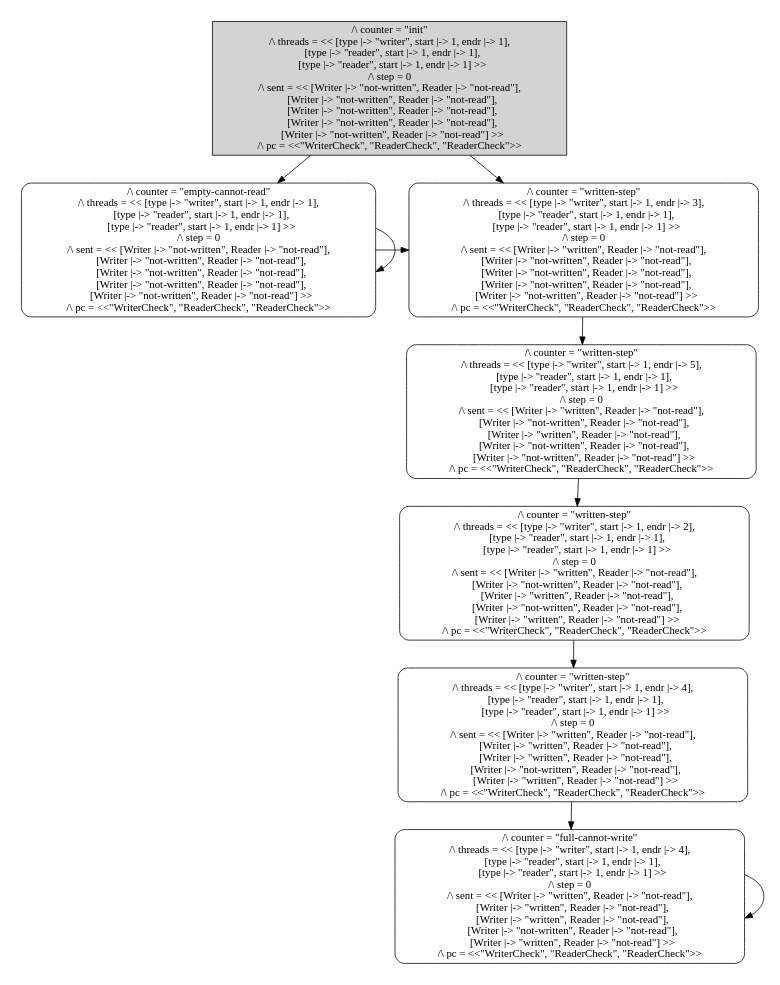
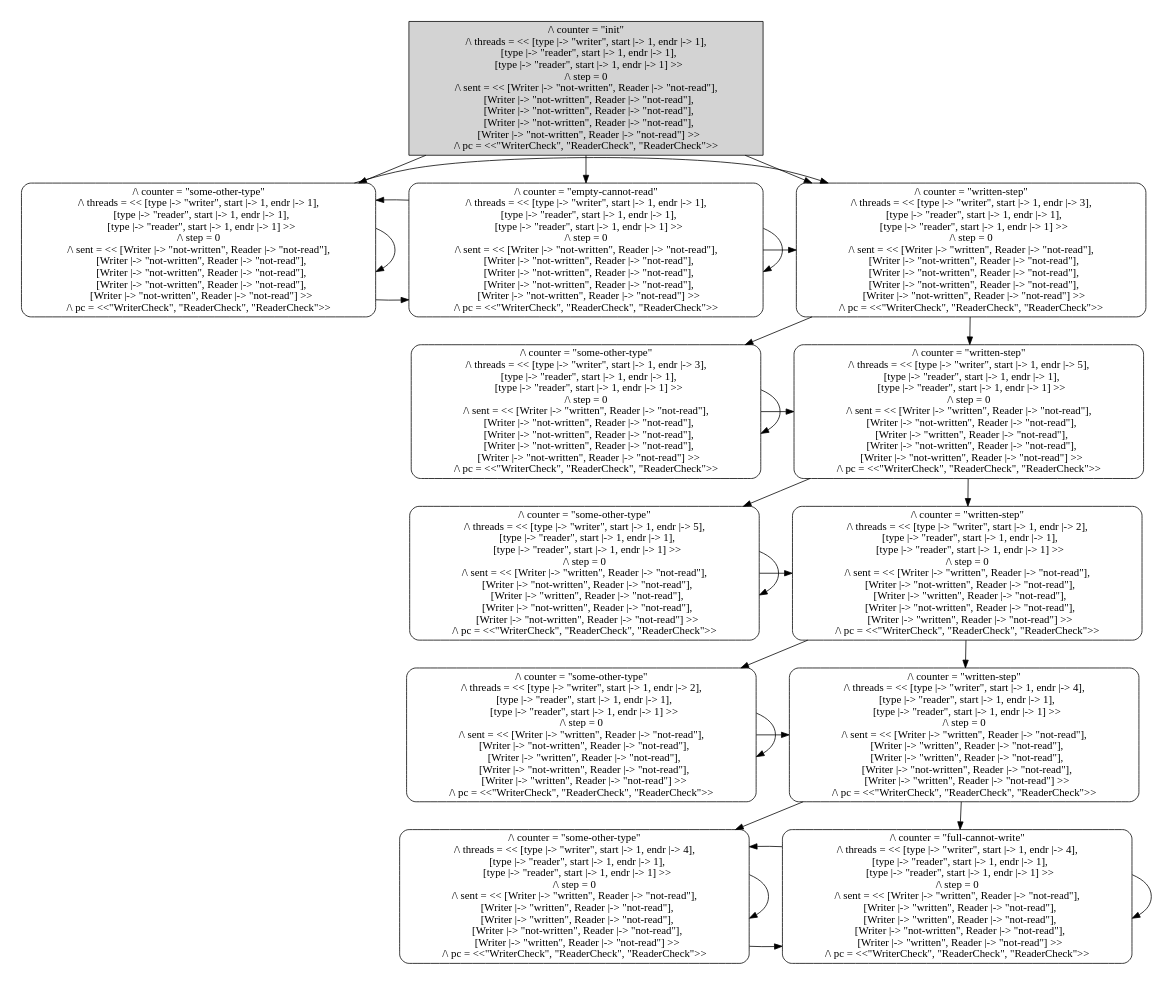
Before and after one commit to samsquire/assembly: the diagram in ringbuffer-tla/spec.dot, drawn with Graphviz. The commit also changed 34 other files, not shown here.

Commit message:
Sam separate reader and writer

```diff
--- a/ringbuffer-tla/spec.dot
+++ b/ringbuffer-tla/spec.dot
@@ -3,29 +3,59 @@
 nodesep=0.35;
 subgraph cluster_graph {
 color="white";
-6206557108144799227 [label="/\\ counter = \"init\"\n/\\ threads = << [type |-> \"writer\", start |-> 1, endr |-> 1],\n   [type |-> \"reader\", start |-> 1, endr |-> 1],\n   [type |-> \"reader\", start |-> 1, endr |-> 1] >>\n/\\ step = 0\n/\\ sent = << [Writer |-> \"not-written\", Reader |-> \"not-read\"],\n   [Writer |-> \"not-written\", Reader |-> \"not-read\"],\n   [Writer |-> \"not-written\", Reader |-> \"not-read\"],\n   [Writer |-> \"not-written\", Reader |-> \"not-read\"],\n   [Writer |-> \"not-written\", Reader |-> \"not-read\"] >>\n/\\ pc = <<\"WriterCheck\", \"ReaderCheck\", \"ReaderCheck\">>",style = filled]
-6206557108144799227 -> 3110959537939689456 [label="",color="black",fontcolor="black"];
-3110959537939689456 [label="/\\ counter = \"written-step\"\n/\\ threads = << [type |-> \"writer\", start |-> 1, endr |-> 3],\n   [type |-> \"reader\", start |-> 1, endr |-> 1],\n   [type |-> \"reader\", start |-> 1, endr |-> 1] >>\n/\\ step = 0\n/\\ sent = << [Writer |-> \"written\", Reader |-> \"not-read\"],\n   [Writer |-> \"not-written\", Reader |-> \"not-read\"],\n   [Writer |-> \"not-written\", Reader |-> \"not-read\"],\n   [Writer |-> \"not-written\", Reader |-> \"not-read\"],\n   [Writer |-> \"not-written\", Reader |-> \"not-read\"] >>\n/\\ pc = <<\"WriterCheck\", \"ReaderCheck\", \"ReaderCheck\">>"];
-6206557108144799227 -> 5850991822605938678 [label="",color="black",fontcolor="black"];
-5850991822605938678 [label="/\\ counter = \"empty-cannot-read\"\n/\\ threads = << [type |-> \"writer\", start |-> 1, endr |-> 1],\n   [type |-> \"reader\", start |-> 1, endr |-> 1],\n   [type |-> \"reader\", start |-> 1, endr |-> 1] >>\n/\\ step = 0\n/\\ sent = << [Writer |-> \"not-written\", Reader |-> \"not-read\"],\n   [Writer |-> \"not-written\", Reader |-> \"not-read\"],\n   [Writer |-> \"not-written\", Reader |-> \"not-read\"],\n   [Writer |-> \"not-written\", Reader |-> \"not-read\"],\n   [Writer |-> \"not-written\", Reader |-> \"not-read\"] >>\n/\\ pc = <<\"WriterCheck\", \"ReaderCheck\", \"ReaderCheck\">>"];
-6206557108144799227 -> 5850991822605938678 [label="",color="black",fontcolor="black"];
-3110959537939689456 -> 4119443794840538652 [label="",color="black",fontcolor="black"];
-4119443794840538652 [label="/\\ counter = \"written-step\"\n/\\ threads = << [type |-> \"writer\", start |-> 1, endr |-> 5],\n   [type |-> \"reader\", start |-> 1, endr |-> 1],\n   [type |-> \"reader\", start |-> 1, endr |-> 1] >>\n/\\ step = 0\n/\\ sent = << [Writer |-> \"written\", Reader |-> \"not-read\"],\n   [Writer |-> \"not-written\", Reader |-> \"not-read\"],\n   [Writer |-> \"written\", Reader |-> \"not-read\"],\n   [Writer |-> \"not-written\", Reader |-> \"not-read\"],\n   [Writer |-> \"not-written\", Reader |-> \"not-read\"] >>\n/\\ pc = <<\"WriterCheck\", \"ReaderCheck\", \"ReaderCheck\">>"];
-5850991822605938678 -> 3110959537939689456 [label="",color="black",fontcolor="black"];
-5850991822605938678 -> 5850991822605938678 [label="",color="black",fontcolor="black"];
-5850991822605938678 -> 5850991822605938678 [label="",color="black",fontcolor="black"];
-4119443794840538652 -> 2437838463683724143 [label="",color="black",fontcolor="black"];
-2437838463683724143 [label="/\\ counter = \"written-step\"\n/\\ threads = << [type |-> \"writer\", start |-> 1, endr |-> 2],\n   [type |-> \"reader\", start |-> 1, endr |-> 1],\n   [type |-> \"reader\", start |-> 1, endr |-> 1] >>\n/\\ step = 0\n/\\ sent = << [Writer |-> \"written\", Reader |-> \"not-read\"],\n   [Writer |-> \"not-written\", Reader |-> \"not-read\"],\n   [Writer |-> \"written\", Reader |-> \"not-read\"],\n   [Writer |-> \"not-written\", Reader |-> \"not-read\"],\n   [Writer |-> \"written\", Reader |-> \"not-read\"] >>\n/\\ pc = <<\"WriterCheck\", \"ReaderCheck\", \"ReaderCheck\">>"];
-2437838463683724143 -> 5559582828868455760 [label="",color="black",fontcolor="black"];
-5559582828868455760 [label="/\\ counter = \"written-step\"\n/\\ threads = << [type |-> \"writer\", start |-> 1, endr |-> 4],\n   [type |-> \"reader\", start |-> 1, endr |-> 1],\n   [type |-> \"reader\", start |-> 1, endr |-> 1] >>\n/\\ step = 0\n/\\ sent = << [Writer |-> \"written\", Reader |-> \"not-read\"],\n   [Writer |-> \"written\", Reader |-> \"not-read\"],\n   [Writer |-> \"written\", Reader |-> \"not-read\"],\n   [Writer |-> \"not-written\", Reader |-> \"not-read\"],\n   [Writer |-> \"written\", Reader |-> \"not-read\"] >>\n/\\ pc = <<\"WriterCheck\", \"ReaderCheck\", \"ReaderCheck\">>"];
-5559582828868455760 -> -6353461475506240400 [label="",color="black",fontcolor="black"];
--6353461475506240400 [label="/\\ counter = \"full-cannot-write\"\n/\\ threads = << [type |-> \"writer\", start |-> 1, endr |-> 4],\n   [type |-> \"reader\", start |-> 1, endr |-> 1],\n   [type |-> \"reader\", start |-> 1, endr |-> 1] >>\n/\\ step = 0\n/\\ sent = << [Writer |-> \"written\", Reader |-> \"not-read\"],\n   [Writer |-> \"written\", Reader |-> \"not-read\"],\n   [Writer |-> \"written\", Reader |-> \"not-read\"],\n   [Writer |-> \"not-written\", Reader |-> \"not-read\"],\n   [Writer |-> \"written\", Reader |-> \"not-read\"] >>\n/\\ pc = <<\"WriterCheck\", \"ReaderCheck\", \"ReaderCheck\">>"];
--6353461475506240400 -> -6353461475506240400 [label="",color="black",fontcolor="black"];
-{rank = same; 6206557108144799227;}
-{rank = same; 5850991822605938678;3110959537939689456;}
-{rank = same; 4119443794840538652;}
-{rank = same; 2437838463683724143;}
-{rank = same; 5559582828868455760;}
-{rank = same; -6353461475506240400;}
+7020000155861375451 [label="/\\ counter = \"init\"\n/\\ threads = << [type |-> \"writer\", start |-> 1, endr |-> 1],\n   [type |-> \"reader\", start |-> 1, endr |-> 1],\n   [type |-> \"reader\", start |-> 1, endr |-> 1] >>\n/\\ step = 0\n/\\ sent = << [Writer |-> \"not-written\", Reader |-> \"not-read\"],\n   [Writer |-> \"not-written\", Reader |-> \"not-read\"],\n   [Writer |-> \"not-written\", Reader |-> \"not-read\"],\n   [Writer |-> \"not-written\", Reader |-> \"not-read\"],\n   [Writer |-> \"not-written\", Reader |-> \"not-read\"] >>\n/\\ pc = <<\"WriterCheck\", \"ReaderCheck\", \"ReaderCheck\">>",style = filled]
+7020000155861375451 -> 4325621402323431826 [label="",color="black",fontcolor="black"];
+4325621402323431826 [label="/\\ counter = \"some-other-type\"\n/\\ threads = << [type |-> \"writer\", start |-> 1, endr |-> 1],\n   [type |-> \"reader\", start |-> 1, endr |-> 1],\n   [type |-> \"reader\", start |-> 1, endr |-> 1] >>\n/\\ step = 0\n/\\ sent = << [Writer |-> \"not-written\", Reader |-> \"not-read\"],\n   [Writer |-> \"not-written\", Reader |-> \"not-read\"],\n   [Writer |-> \"not-written\", Reader |-> \"not-read\"],\n   [Writer |-> \"not-written\", Reader |-> \"not-read\"],\n   [Writer |-> \"not-written\", Reader |-> \"not-read\"] >>\n/\\ pc = <<\"WriterCheck\", \"ReaderCheck\", \"ReaderCheck\">>"];
+7020000155861375451 -> 4058331156948778809 [label="",color="black",fontcolor="black"];
+4058331156948778809 [label="/\\ counter = \"written-step\"\n/\\ threads = << [type |-> \"writer\", start |-> 1, endr |-> 3],\n   [type |-> \"reader\", start |-> 1, endr |-> 1],\n   [type |-> \"reader\", start |-> 1, endr |-> 1] >>\n/\\ step = 0\n/\\ sent = << [Writer |-> \"written\", Reader |-> \"not-read\"],\n   [Writer |-> \"not-written\", Reader |-> \"not-read\"],\n   [Writer |-> \"not-written\", Reader |-> \"not-read\"],\n   [Writer |-> \"not-written\", Reader |-> \"not-read\"],\n   [Writer |-> \"not-written\", Reader |-> \"not-read\"] >>\n/\\ pc = <<\"WriterCheck\", \"ReaderCheck\", \"ReaderCheck\">>"];
+7020000155861375451 -> 4506007520463986461 [label="",color="black",fontcolor="black"];
+4506007520463986461 [label="/\\ counter = \"empty-cannot-read\"\n/\\ threads = << [type |-> \"writer\", start |-> 1, endr |-> 1],\n   [type |-> \"reader\", start |-> 1, endr |-> 1],\n   [type |-> \"reader\", start |-> 1, endr |-> 1] >>\n/\\ step = 0\n/\\ sent = << [Writer |-> \"not-written\", Reader |-> \"not-read\"],\n   [Writer |-> \"not-written\", Reader |-> \"not-read\"],\n   [Writer |-> \"not-written\", Reader |-> \"not-read\"],\n   [Writer |-> \"not-written\", Reader |-> \"not-read\"],\n   [Writer |-> \"not-written\", Reader |-> \"not-read\"] >>\n/\\ pc = <<\"WriterCheck\", \"ReaderCheck\", \"ReaderCheck\">>"];
+7020000155861375451 -> 4506007520463986461 [label="",color="black",fontcolor="black"];
+7020000155861375451 -> 4506007520463986461 [label="",color="black",fontcolor="black"];
+7020000155861375451 -> 4506007520463986461 [label="",color="black",fontcolor="black"];
+4325621402323431826 -> 4325621402323431826 [label="",color="black",fontcolor="black"];
+4325621402323431826 -> 4058331156948778809 [label="",color="black",fontcolor="black"];
+4325621402323431826 -> 4506007520463986461 [label="",color="black",fontcolor="black"];
+4325621402323431826 -> 4506007520463986461 [label="",color="black",fontcolor="black"];
+4325621402323431826 -> 4506007520463986461 [label="",color="black",fontcolor="black"];
+4325621402323431826 -> 4506007520463986461 [label="",color="black",fontcolor="black"];
+4058331156948778809 -> -669455684796064673 [label="",color="black",fontcolor="black"];
+-669455684796064673 [label="/\\ counter = \"some-other-type\"\n/\\ threads = << [type |-> \"writer\", start |-> 1, endr |-> 3],\n   [type |-> \"reader\", start |-> 1, endr |-> 1],\n   [type |-> \"reader\", start |-> 1, endr |-> 1] >>\n/\\ step = 0\n/\\ sent = << [Writer |-> \"written\", Reader |-> \"not-read\"],\n   [Writer |-> \"not-written\", Reader |-> \"not-read\"],\n   [Writer |-> \"not-written\", Reader |-> \"not-read\"],\n   [Writer |-> \"not-written\", Reader |-> \"not-read\"],\n   [Writer |-> \"not-written\", Reader |-> \"not-read\"] >>\n/\\ pc = <<\"WriterCheck\", \"ReaderCheck\", \"ReaderCheck\">>"];
+4058331156948778809 -> -1806760250716180683 [label="",color="black",fontcolor="black"];
+-1806760250716180683 [label="/\\ counter = \"written-step\"\n/\\ threads = << [type |-> \"writer\", start |-> 1, endr |-> 5],\n   [type |-> \"reader\", start |-> 1, endr |-> 1],\n   [type |-> \"reader\", start |-> 1, endr |-> 1] >>\n/\\ step = 0\n/\\ sent = << [Writer |-> \"written\", Reader |-> \"not-read\"],\n   [Writer |-> \"not-written\", Reader |-> \"not-read\"],\n   [Writer |-> \"written\", Reader |-> \"not-read\"],\n   [Writer |-> \"not-written\", Reader |-> \"not-read\"],\n   [Writer |-> \"not-written\", Reader |-> \"not-read\"] >>\n/\\ pc = <<\"WriterCheck\", \"ReaderCheck\", \"ReaderCheck\">>"];
+4506007520463986461 -> 4325621402323431826 [label="",color="black",fontcolor="black"];
+4506007520463986461 -> 4058331156948778809 [label="",color="black",fontcolor="black"];
+4506007520463986461 -> 4506007520463986461 [label="",color="black",fontcolor="black"];
+4506007520463986461 -> 4506007520463986461 [label="",color="black",fontcolor="black"];
+4506007520463986461 -> 4506007520463986461 [label="",color="black",fontcolor="black"];
+4506007520463986461 -> 4506007520463986461 [label="",color="black",fontcolor="black"];
+-669455684796064673 -> -669455684796064673 [label="",color="black",fontcolor="black"];
+-669455684796064673 -> -1806760250716180683 [label="",color="black",fontcolor="black"];
+-1806760250716180683 -> -3752747144482684691 [label="",color="black",fontcolor="black"];
+-3752747144482684691 [label="/\\ counter = \"some-other-type\"\n/\\ threads = << [type |-> \"writer\", start |-> 1, endr |-> 5],\n   [type |-> \"reader\", start |-> 1, endr |-> 1],\n   [type |-> \"reader\", start |-> 1, endr |-> 1] >>\n/\\ step = 0\n/\\ sent = << [Writer |-> \"written\", Reader |-> \"not-read\"],\n   [Writer |-> \"not-written\", Reader |-> \"not-read\"],\n   [Writer |-> \"written\", Reader |-> \"not-read\"],\n   [Writer |-> \"not-written\", Reader |-> \"not-read\"],\n   [Writer |-> \"not-written\", Reader |-> \"not-read\"] >>\n/\\ pc = <<\"WriterCheck\", \"ReaderCheck\", \"ReaderCheck\">>"];
+-1806760250716180683 -> -4332584566656946698 [label="",color="black",fontcolor="black"];
+-4332584566656946698 [label="/\\ counter = \"written-step\"\n/\\ threads = << [type |-> \"writer\", start |-> 1, endr |-> 2],\n   [type |-> \"reader\", start |-> 1, endr |-> 1],\n   [type |-> \"reader\", start |-> 1, endr |-> 1] >>\n/\\ step = 0\n/\\ sent = << [Writer |-> \"written\", Reader |-> \"not-read\"],\n   [Writer |-> \"not-written\", Reader |-> \"not-read\"],\n   [Writer |-> \"written\", Reader |-> \"not-read\"],\n   [Writer |-> \"not-written\", Reader |-> \"not-read\"],\n   [Writer |-> \"written\", Reader |-> \"not-read\"] >>\n/\\ pc = <<\"WriterCheck\", \"ReaderCheck\", \"ReaderCheck\">>"];
+-3752747144482684691 -> -3752747144482684691 [label="",color="black",fontcolor="black"];
+-3752747144482684691 -> -4332584566656946698 [label="",color="black",fontcolor="black"];
+-4332584566656946698 -> -4875047480451594347 [label="",color="black",fontcolor="black"];
+-4875047480451594347 [label="/\\ counter = \"some-other-type\"\n/\\ threads = << [type |-> \"writer\", start |-> 1, endr |-> 2],\n   [type |-> \"reader\", start |-> 1, endr |-> 1],\n   [type |-> \"reader\", start |-> 1, endr |-> 1] >>\n/\\ step = 0\n/\\ sent = << [Writer |-> \"written\", Reader |-> \"not-read\"],\n   [Writer |-> \"not-written\", Reader |-> \"not-read\"],\n   [Writer |-> \"written\", Reader |-> \"not-read\"],\n   [Writer |-> \"not-written\", Reader |-> \"not-read\"],\n   [Writer |-> \"written\", Reader |-> \"not-read\"] >>\n/\\ pc = <<\"WriterCheck\", \"ReaderCheck\", \"ReaderCheck\">>"];
+-4332584566656946698 -> -5664060848831429687 [label="",color="black",fontcolor="black"];
+-5664060848831429687 [label="/\\ counter = \"written-step\"\n/\\ threads = << [type |-> \"writer\", start |-> 1, endr |-> 4],\n   [type |-> \"reader\", start |-> 1, endr |-> 1],\n   [type |-> \"reader\", start |-> 1, endr |-> 1] >>\n/\\ step = 0\n/\\ sent = << [Writer |-> \"written\", Reader |-> \"not-read\"],\n   [Writer |-> \"written\", Reader |-> \"not-read\"],\n   [Writer |-> \"written\", Reader |-> \"not-read\"],\n   [Writer |-> \"not-written\", Reader |-> \"not-read\"],\n   [Writer |-> \"written\", Reader |-> \"not-read\"] >>\n/\\ pc = <<\"WriterCheck\", \"ReaderCheck\", \"ReaderCheck\">>"];
+-4875047480451594347 -> -4875047480451594347 [label="",color="black",fontcolor="black"];
+-4875047480451594347 -> -5664060848831429687 [label="",color="black",fontcolor="black"];
+-5664060848831429687 -> 1372163343790560661 [label="",color="black",fontcolor="black"];
+1372163343790560661 [label="/\\ counter = \"some-other-type\"\n/\\ threads = << [type |-> \"writer\", start |-> 1, endr |-> 4],\n   [type |-> \"reader\", start |-> 1, endr |-> 1],\n   [type |-> \"reader\", start |-> 1, endr |-> 1] >>\n/\\ step = 0\n/\\ sent = << [Writer |-> \"written\", Reader |-> \"not-read\"],\n   [Writer |-> \"written\", Reader |-> \"not-read\"],\n   [Writer |-> \"written\", Reader |-> \"not-read\"],\n   [Writer |-> \"not-written\", Reader |-> \"not-read\"],\n   [Writer |-> \"written\", Reader |-> \"not-read\"] >>\n/\\ pc = <<\"WriterCheck\", \"ReaderCheck\", \"ReaderCheck\">>"];
+-5664060848831429687 -> 9103596507744503444 [label="",color="black",fontcolor="black"];
+9103596507744503444 [label="/\\ counter = \"full-cannot-write\"\n/\\ threads = << [type |-> \"writer\", start |-> 1, endr |-> 4],\n   [type |-> \"reader\", start |-> 1, endr |-> 1],\n   [type |-> \"reader\", start |-> 1, endr |-> 1] >>\n/\\ step = 0\n/\\ sent = << [Writer |-> \"written\", Reader |-> \"not-read\"],\n   [Writer |-> \"written\", Reader |-> \"not-read\"],\n   [Writer |-> \"written\", Reader |-> \"not-read\"],\n   [Writer |-> \"not-written\", Reader |-> \"not-read\"],\n   [Writer |-> \"written\", Reader |-> \"not-read\"] >>\n/\\ pc = <<\"WriterCheck\", \"ReaderCheck\", \"ReaderCheck\">>"];
+1372163343790560661 -> 1372163343790560661 [label="",color="black",fontcolor="black"];
+1372163343790560661 -> 9103596507744503444 [label="",color="black",fontcolor="black"];
+9103596507744503444 -> 1372163343790560661 [label="",color="black",fontcolor="black"];
+9103596507744503444 -> 9103596507744503444 [label="",color="black",fontcolor="black"];
+{rank = same; 7020000155861375451;}
+{rank = same; 4058331156948778809;4325621402323431826;4506007520463986461;}
+{rank = same; -1806760250716180683;-669455684796064673;}
+{rank = same; -4332584566656946698;-3752747144482684691;}
+{rank = same; -5664060848831429687;-4875047480451594347;}
+{rank = same; 9103596507744503444;1372163343790560661;}
 }
 }
```
